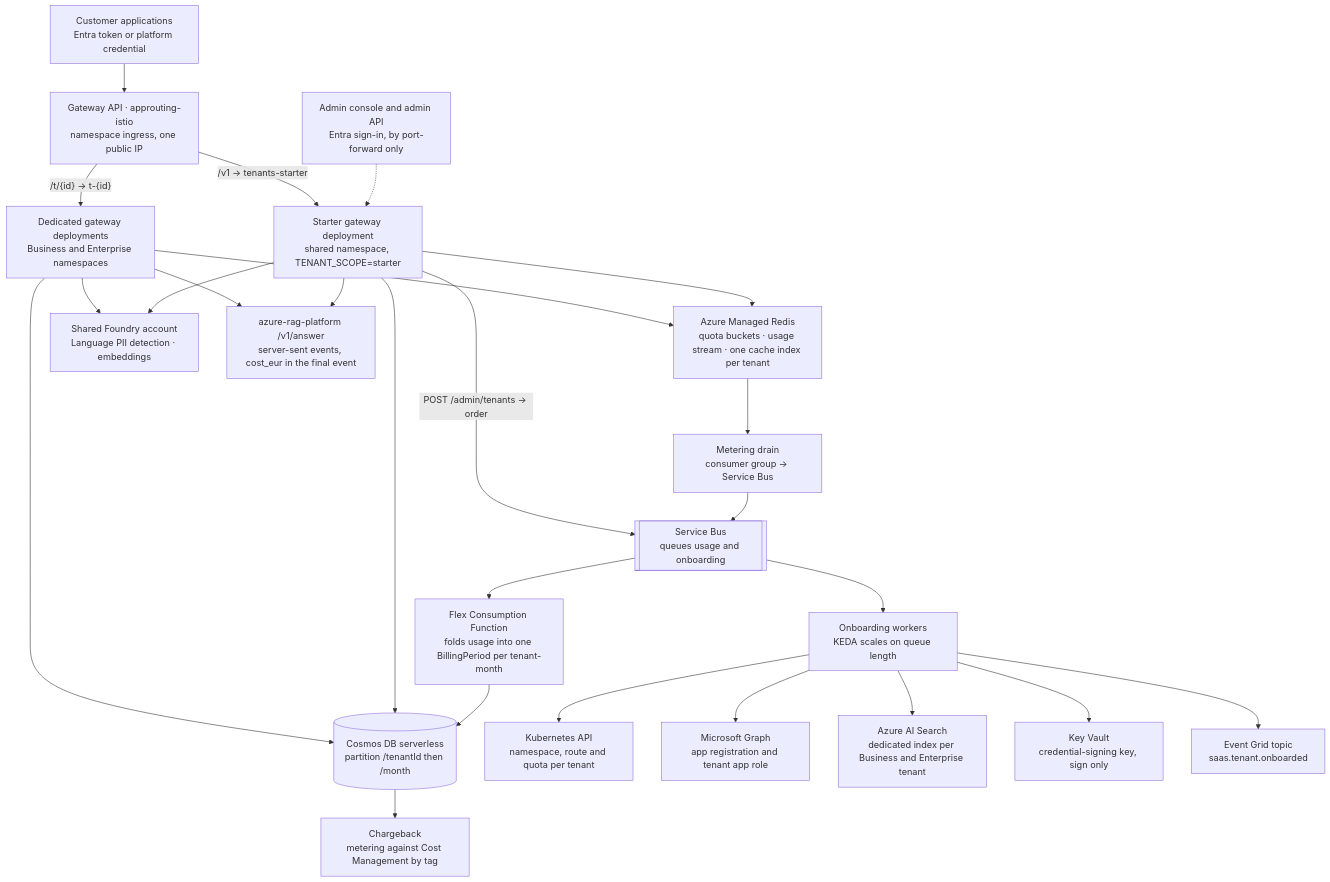
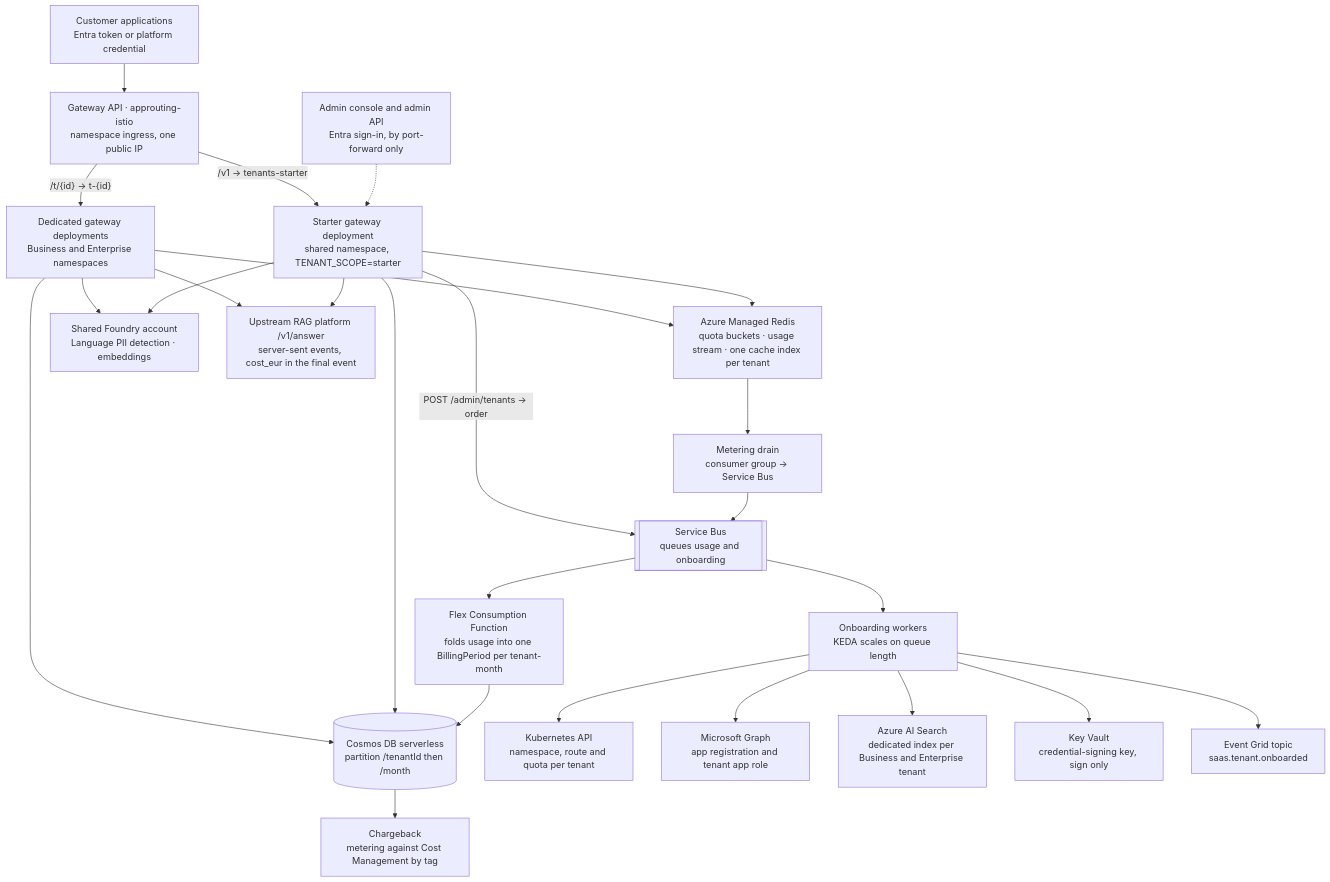
Before and after one commit to Rodrigo-GomezdelMoral/azure-ai-saas-platform: the first of 4 diagrams in docs/architecture.md, drawn with Mermaid. The commit also changed other lines of this file and 32 other files, not shown here.

````diff
--- a/docs/architecture.md
+++ b/docs/architecture.md
@@ -12,27 +12,27 @@
 ```mermaid
 graph TB
     C["Customer applications<br/>Entra token or platform credential"] --> GW["Gateway API · approuting-istio<br/>namespace ingress, one public IP"]
     ADM["Admin console and admin API<br/>Entra sign-in, by port-forward only"] -.-> S
     GW -->|"/v1 → tenants-starter"| S["Starter gateway deployment<br/>shared namespace, TENANT_SCOPE=starter"]
     GW -->|"/t/{id} → t-{id}"| D["Dedicated gateway deployments<br/>Business and Enterprise namespaces"]
     S --> R["Azure Managed Redis<br/>quota buckets · usage stream · one cache index per tenant"]
     D --> R
     S --> F["Shared Foundry account<br/>Language PII detection · embeddings"]
     D --> F
-    S --> RAG["azure-rag-platform /v1/answer<br/>server-sent events, cost_eur in the final event"]
+    S --> RAG["Upstream RAG platform /v1/answer<br/>server-sent events, cost_eur in the final event"]
     D --> RAG
     R --> MD["Metering drain<br/>consumer group → Service Bus"]
     MD --> SB[["Service Bus<br/>queues usage and onboarding"]]
     SB --> FN["Flex Consumption Function<br/>folds usage into one BillingPeriod per tenant-month"]
     FN --> COS[("Cosmos DB serverless<br/>partition /tenantId then /month")]
     S --> COS
     D --> COS
     S -->|"POST /admin/tenants → order"| SB
     SB --> ONB["Onboarding workers<br/>KEDA scales on queue length"]
     ONB --> K8S["Kubernetes API<br/>namespace, route and quota per tenant"]
     ONB --> GRAPH["Microsoft Graph<br/>app registration and tenant app role"]
     ONB --> SRCH["Azure AI Search<br/>dedicated index per Business and Enterprise tenant"]
     ONB --> KV["Key Vault<br/>credential-signing key, sign only"]
     ONB --> EG["Event Grid topic<br/>saas.tenant.onboarded"]
     COS --> CB["Chargeback<br/>metering against Cost Management by tag"]
 ```
````
